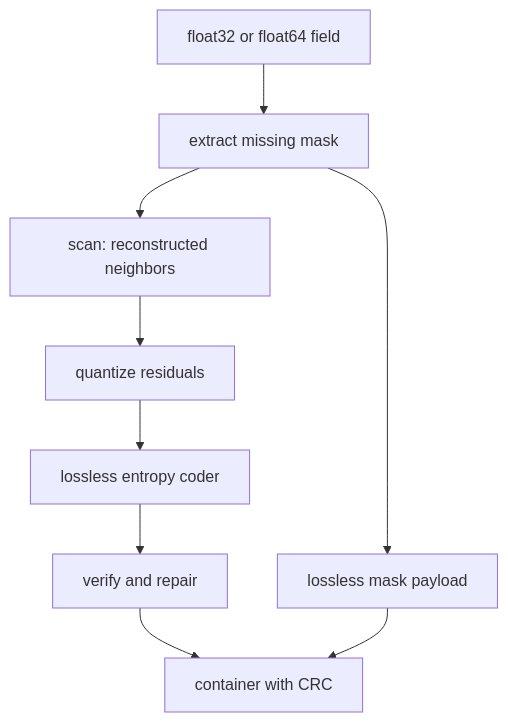
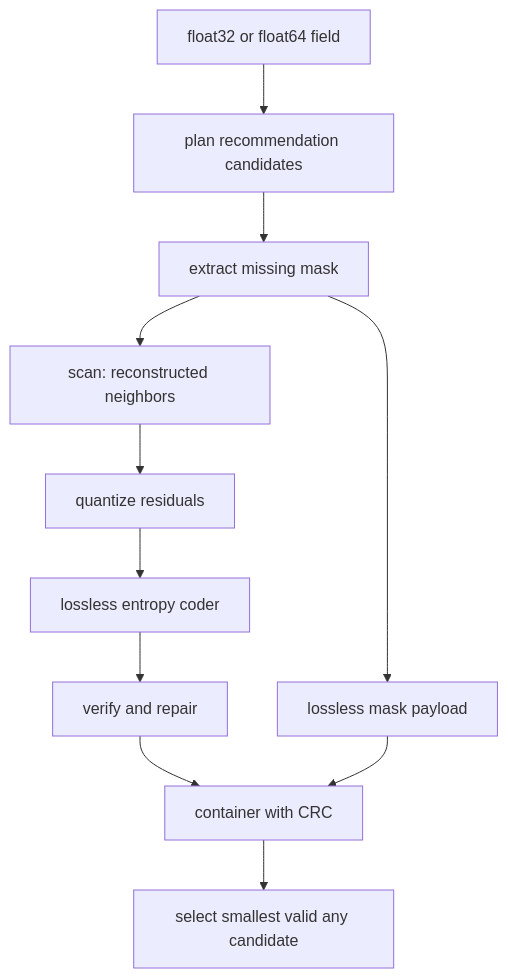
Before and after one commit to dxav/brace-compressor: the diagram in docs/architecture.md, drawn with Mermaid. The commit also changed other lines of this file and 4 other files, not shown here.

````diff
--- a/docs/architecture.md
+++ b/docs/architecture.md
@@ -12,11 +12,13 @@
 ```mermaid
 flowchart TB
-  A[float32 or float64 field] --> B[extract missing mask]
+  A[float32 or float64 field] --> R[plan recommendation candidates]
+  R --> B[extract missing mask]
   B --> C[scan: reconstructed neighbors]
   C --> D[quantize residuals]
   D --> E[lossless entropy coder]
   E --> F[verify and repair]
   B --> G[lossless mask payload]
   F --> H[container with CRC]
   G --> H
+  H --> S[select smallest valid any candidate]
 ```
````
